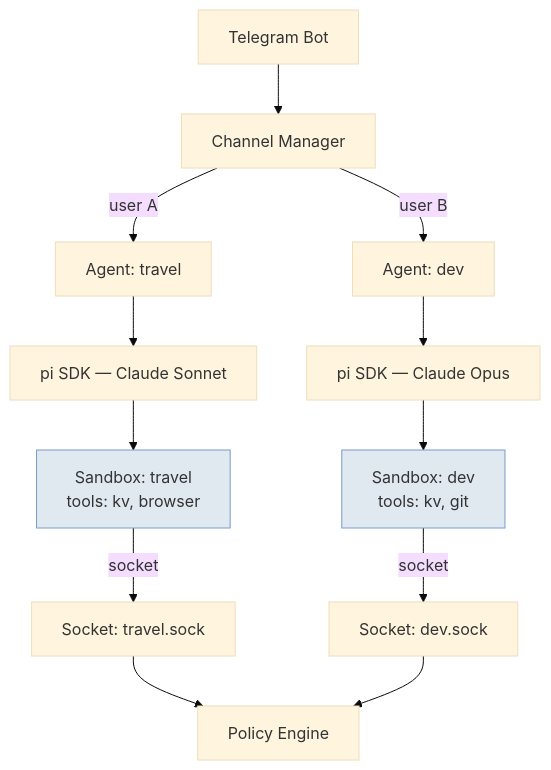
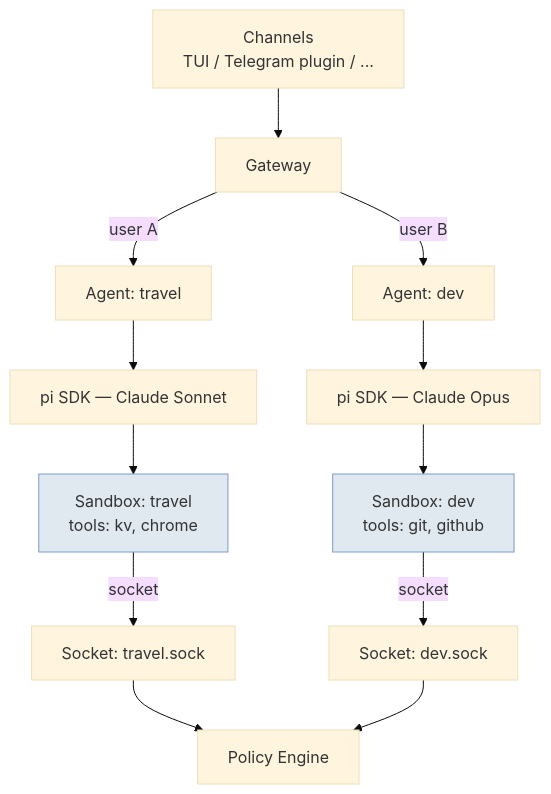
One commit to matthias-hausberger/beige changed the seventh of 7 diagrams in docs/gateway/system-overview.mdx. Above: the diagram before and after it, drawn with Mermaid (base theme). The commit also changed other lines of this file and 63 other files, not shown here.

First line of the commit message:
refactor!: plugin architecture

````diff
--- a/docs/gateway/system-overview.mdx
+++ b/docs/gateway/system-overview.mdx
@@ -225,22 +224,22 @@
 ```mermaid
 graph TB
-    TG[Telegram Bot] --> CM[Channel Manager]
+    CH[Channels<br/>TUI / Telegram plugin / ...] --> GW[Gateway]
 
-    CM -->|user A| AM1[Agent: travel]
-    CM -->|user B| AM2[Agent: dev]
+    GW -->|user A| AM1[Agent: travel]
+    GW -->|user B| AM2[Agent: dev]
 
     AM1 --> PI1[pi SDK — Claude Sonnet]
     AM2 --> PI2[pi SDK — Claude Opus]
 
-    PI1 --> SB1[Sandbox: travel<br/>tools: kv, browser]
-    PI2 --> SB2[Sandbox: dev<br/>tools: kv, git]
+    PI1 --> SB1[Sandbox: travel<br/>tools: kv, chrome]
+    PI2 --> SB2[Sandbox: dev<br/>tools: git, github]
 
     SB1 -->|socket| SS1[Socket: travel.sock]
     SB2 -->|socket| SS2[Socket: dev.sock]
 
     SS1 --> PE[Policy Engine]
     SS2 --> PE
 
     style SB1 fill:#e0e8f0,stroke:#7a9cc9
     style SB2 fill:#e0e8f0,stroke:#7a9cc9
 ```
````
